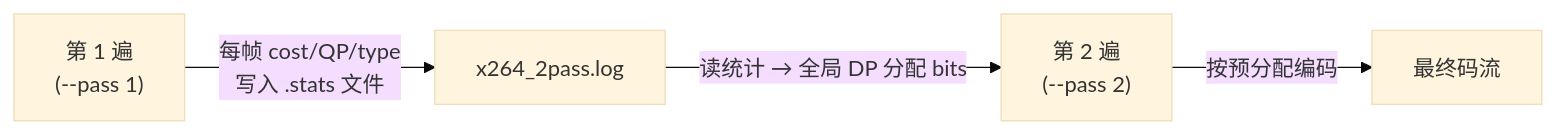
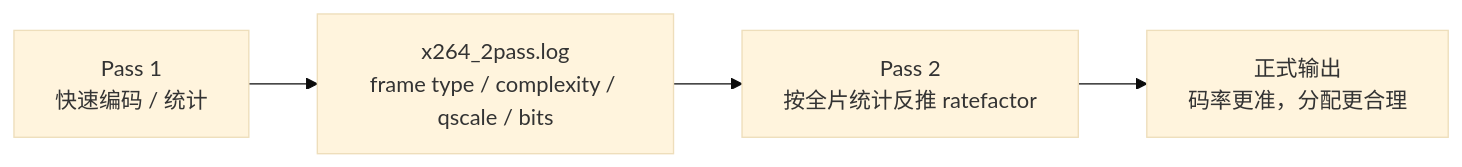
One commit to bertowang/StudyNotes changed diagram 11 of 11 in 最新版x264源码深入浅出-从工业级编码器到性能榨取.md. Above: the diagram before and after it, drawn with Mermaid (base theme). The commit also changed other lines of this file, not shown here.

````diff
--- a/最新版x264源码深入浅出-从工业级编码器到性能榨取.md
+++ b/最新版x264源码深入浅出-从工业级编码器到性能榨取.md
@@ -470,6 +3593,6 @@
 ```mermaid
 flowchart LR
-    P1["第 1 遍<br/>(--pass 1)"] -->|每帧 cost/QP/type<br/>写入 .stats 文件| Stats["x264_2pass.log"]
-    Stats -->|读统计 → 全局 DP 分配 bits| P2["第 2 遍<br/>(--pass 2)"]
-    P2 -->|按预分配编码| Out["最终码流"]
+    P1["Pass 1<br/>快速编码 / 统计"] --> S["x264_2pass.log<br/>frame type / complexity / qscale / bits"]
+    S --> P2["Pass 2<br/>按全片统计反推 ratefactor"]
+    P2 --> O["正式输出<br/>码率更准，分配更合理"]
 ```
````
